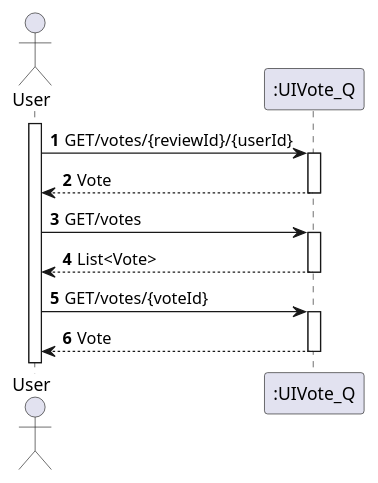
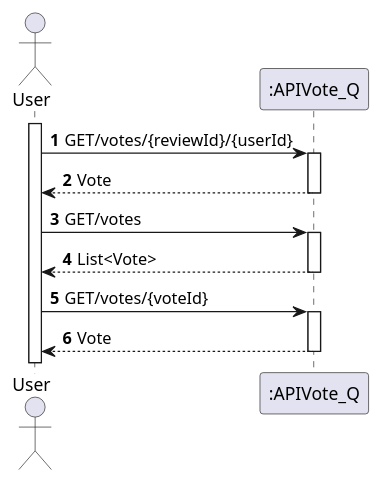
The diagram in Vote1_Q/Documentação/N1/Vote.puml (1201441BrunoPereira/Trabalho2Votes), drawn with PlantUML before and after one commit. The commit also changed 8 other files, not shown here.

Commit message:
Atualização Diagramas

```diff
--- a/Vote1_Q/Documentação/N1/Vote.puml
+++ b/Vote1_Q/Documentação/N1/Vote.puml
@@ -1,19 +1,19 @@
 @startuml
 'https://plantuml.com/sequence-diagram
 
 autoactivate on
 autonumber
 
 actor "User" as User
-participant ":UIVote_Q" as vote1
+participant ":APIVote_Q" as vote1
 
 activate User
 
 
 User -> vote1: GET/votes/{reviewId}/{userId}
 vote1 --> User: Vote
 User -> vote1: GET/votes
 vote1 --> User: List<Vote>
 User -> vote1: GET/votes/{voteId}
 vote1 --> User: Vote
 @enduml
```
